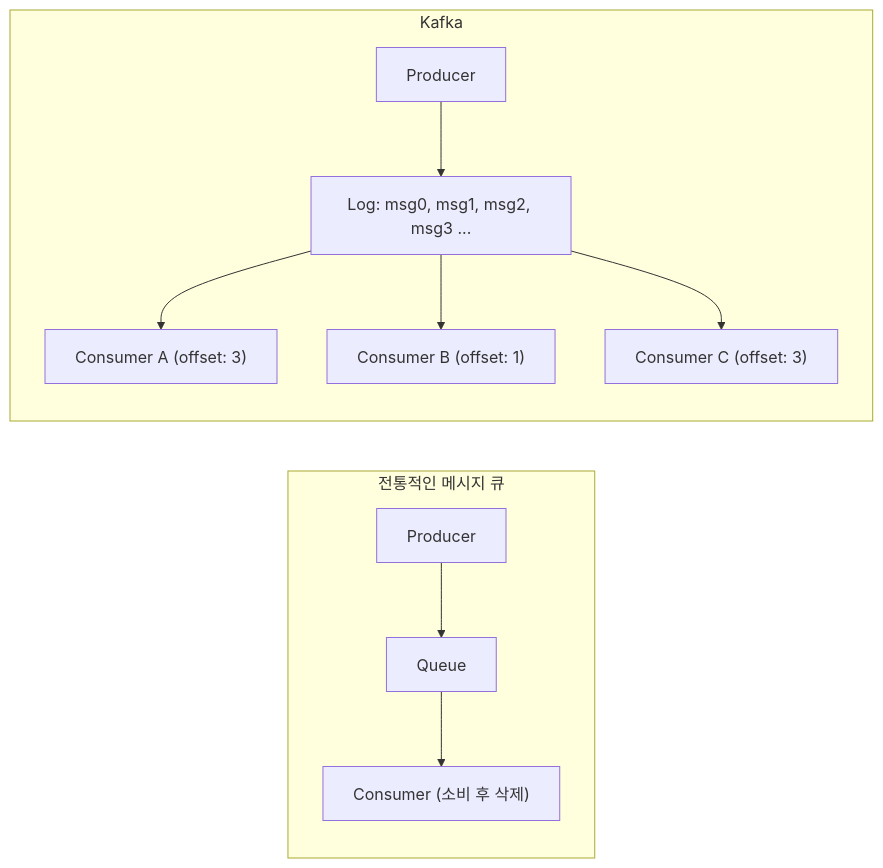
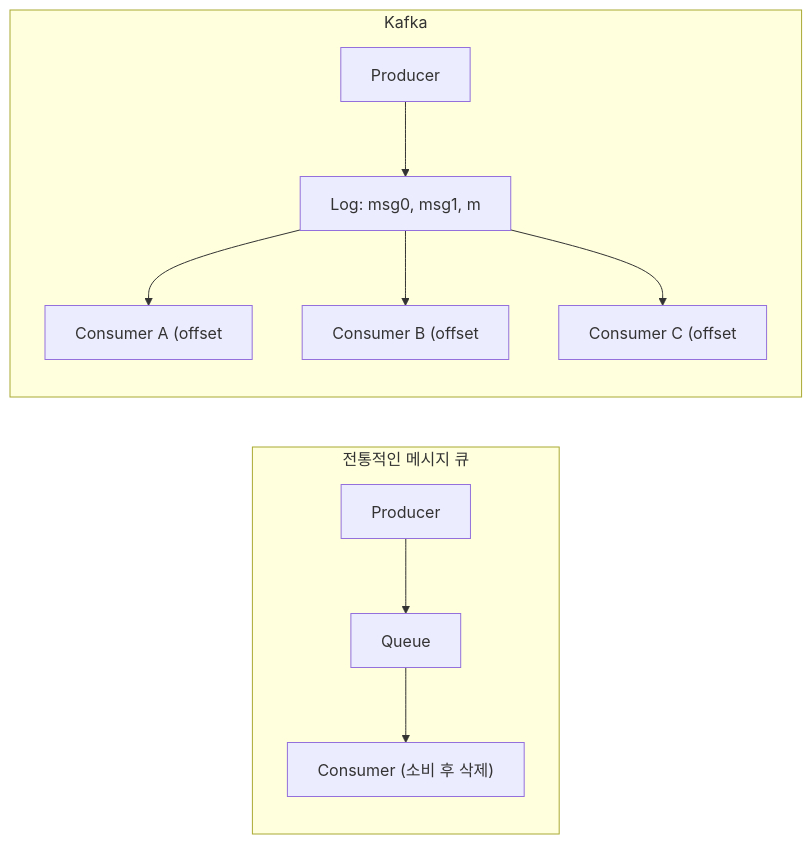
The first of 17 diagrams in _posts/kafka/2026-05-01-kafka-fundamentals.md (yjkim2015/yjkim2015.github.io), drawn with Mermaid before and after one commit. The commit also changed other lines of this file and 271 other files, not shown here.

First line of the commit message:
Mermaid 라벨 축소: 긴 노드 텍스트 18자 이하로 트림 + \n 제거

````diff
--- a/_posts/kafka/2026-05-01-kafka-fundamentals.md
+++ b/_posts/kafka/2026-05-01-kafka-fundamentals.md
@@ -38,12 +38,12 @@
 ```mermaid
 graph LR
     subgraph traditional["전통적인 메시지 큐"]
         P1[Producer] --> Q[Queue] --> C1["Consumer (소비 후 삭제)"]
     end
     subgraph kafka["Kafka"]
-        P2[Producer] --> LOG["Log: msg0, msg1, msg2, msg3 ..."]
-        LOG --> CA["Consumer A (offset: 3)"]
-        LOG --> CB["Consumer B (offset: 1)"]
-        LOG --> CC["Consumer C (offset: 3)"]
+        P2[Producer] --> LOG["Log: msg0, msg1, m"]
+        LOG --> CA["Consumer A (offset"]
+        LOG --> CB["Consumer B (offset"]
+        LOG --> CC["Consumer C (offset"]
     end
 ```
````
